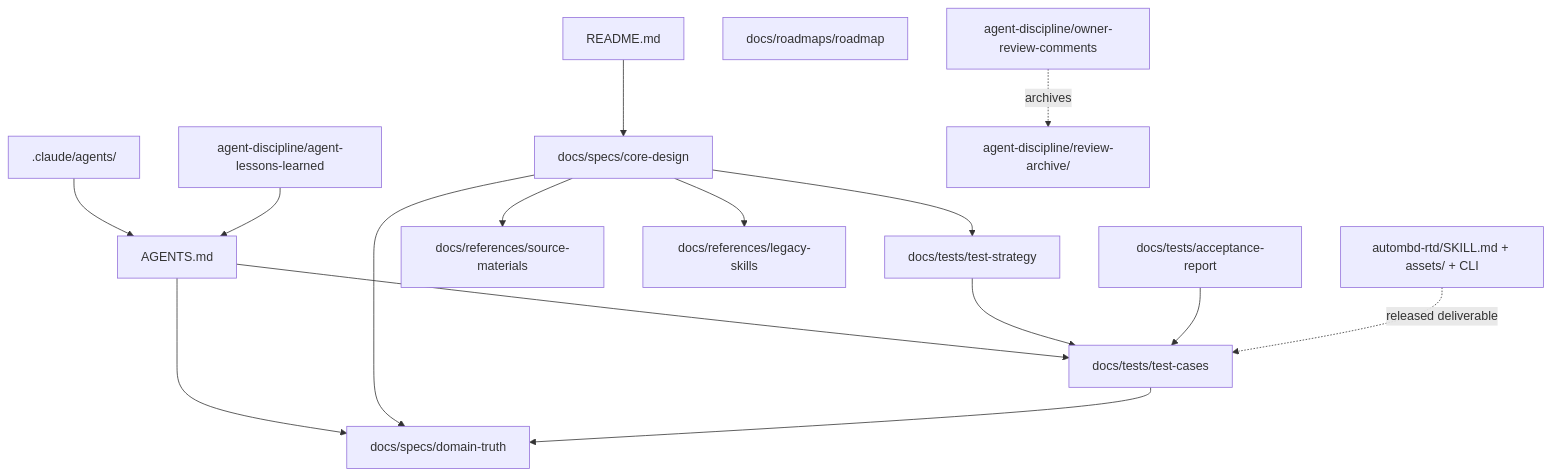
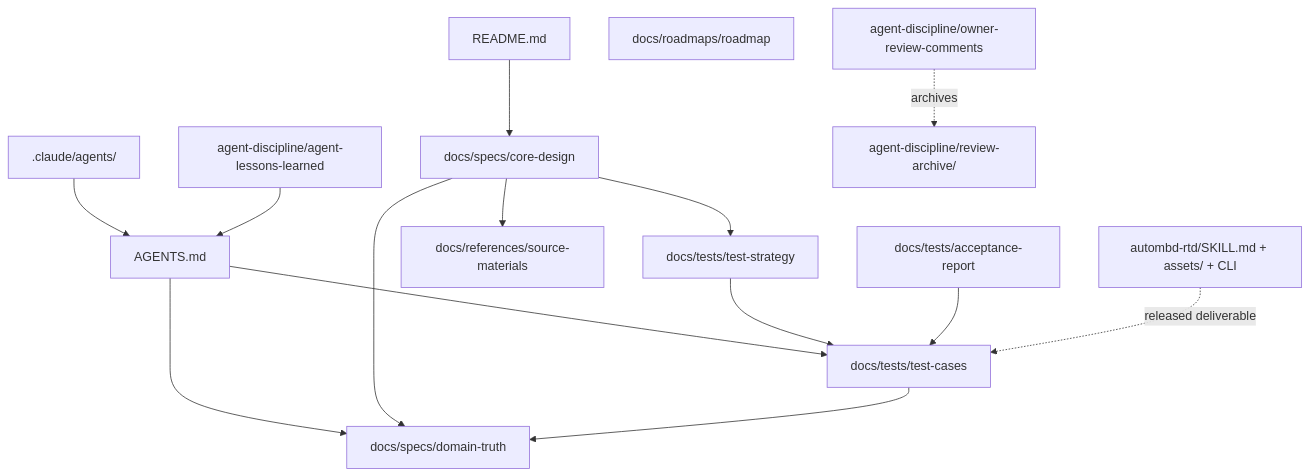
Before and after one commit to autoMBD/autombd-rtd-config: the diagram in agent-discipline/documentation-governance.md, drawn with Mermaid. The commit also changed other lines of this file and 4 other files, not shown here.

First line of the commit message:
docs: absorb legacy-skills experience into agent-lessons-learned (issue #7 review)

````diff
--- a/agent-discipline/documentation-governance.md
+++ b/agent-discipline/documentation-governance.md
@@ -114,18 +113,17 @@
 ```mermaid
 flowchart TD
   README["README.md"] --> CORE["docs/specs/core-design"]
   AGENTS["AGENTS.md"] --> DT["docs/specs/domain-truth"]
   AGENTS --> TC["docs/tests/test-cases"]
   CORE --> DT
   CORE --> TS["docs/tests/test-strategy"]
   CORE --> SM["docs/references/source-materials"]
-  CORE --> LSK["docs/references/legacy-skills"]
   TS --> TC
   TC --> DT
   AR["docs/tests/acceptance-report"] --> TC
   RM["docs/roadmaps/roadmap"]
   ROLES[".claude/agents/"] --> AGENTS
   LL["agent-discipline/agent-lessons-learned"] --> AGENTS
   CT["agent-discipline/owner-review-comments"] -.archives.-> OBS["agent-discipline/review-archive/"]
   SKILL["autombd-rtd/SKILL.md + assets/ + CLI"] -. released deliverable .-> TC
 ```
````
